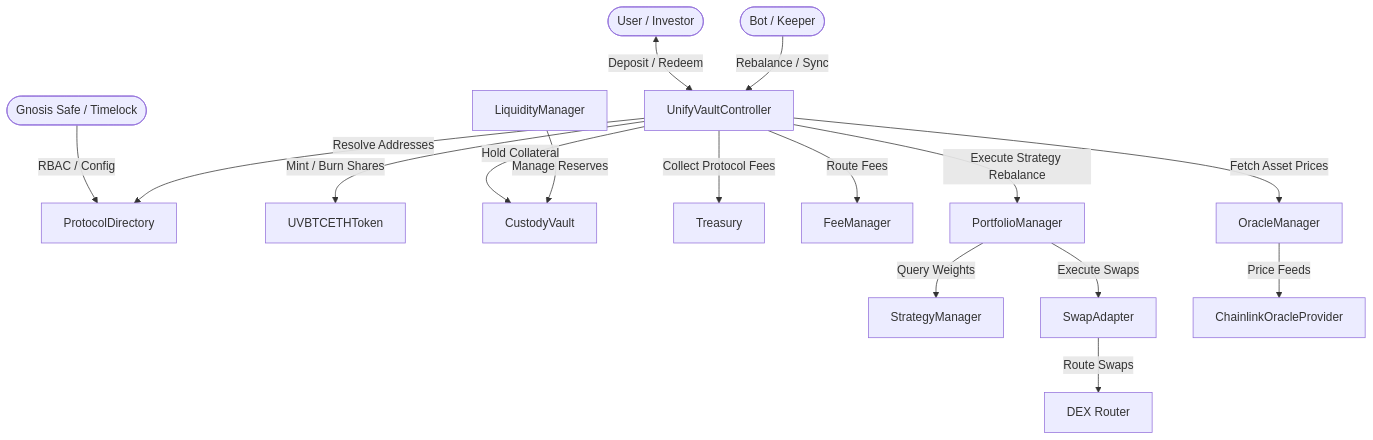
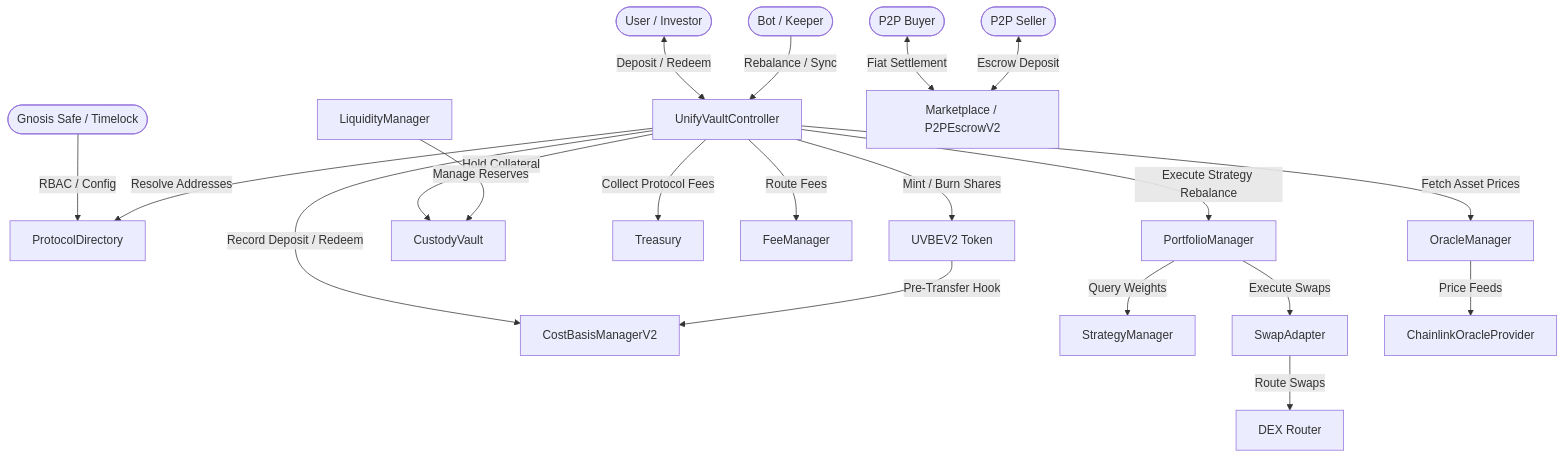
The first of 4 diagrams in docs/Architecture.md (DigiClums/UnifyVault-UV), drawn with Mermaid before and after one commit. The commit also changed other lines of this file and 21 other files, not shown here.

````diff
--- a/docs/Architecture.md
+++ b/docs/Architecture.md
@@ -11,20 +11,25 @@
 ```mermaid
 flowchart TD
     User([User / Investor]) <-->|Deposit / Redeem| Controller[UnifyVaultController]
     Keeper([Bot / Keeper]) -->|Rebalance / Sync| Controller
     Governance([Gnosis Safe / Timelock]) -->|RBAC / Config| Directory[ProtocolDirectory]
 
     Controller -->|Resolve Addresses| Directory
-    Controller -->|Mint / Burn Shares| Token[UVBTCETHToken]
+    Controller -->|Mint / Burn Shares| Token[UVBEV2 Token]
     Controller -->|Hold Collateral| Vault[CustodyVault]
     Controller -->|Collect Protocol Fees| Treasury[Treasury]
     Controller -->|Route Fees| FeeManager[FeeManager]
     Controller -->|Fetch Asset Prices| Oracle[OracleManager]
     Controller -->|Execute Strategy Rebalance| Portfolio[PortfolioManager]
+    Controller -->|Record Deposit / Redeem| CBM[CostBasisManagerV2]
 
+    Token -->|Pre-Transfer Hook| CBM
     Portfolio -->|Query Weights| Strategy[StrategyManager]
     Portfolio -->|Execute Swaps| Swap[SwapAdapter]
     Swap -->|Route Swaps| Router[DEX Router]
     Oracle -->|Price Feeds| Chainlink[ChainlinkOracleProvider]
     Liquidity[LiquidityManager] -->|Manage Reserves| Vault
+
+    P2PBuyer([P2P Buyer]) <-->|Fiat Settlement| Marketplace[Marketplace / P2PEscrowV2]
+    P2PSeller([P2P Seller]) <-->|Escrow Deposit| Marketplace
 ```
````
